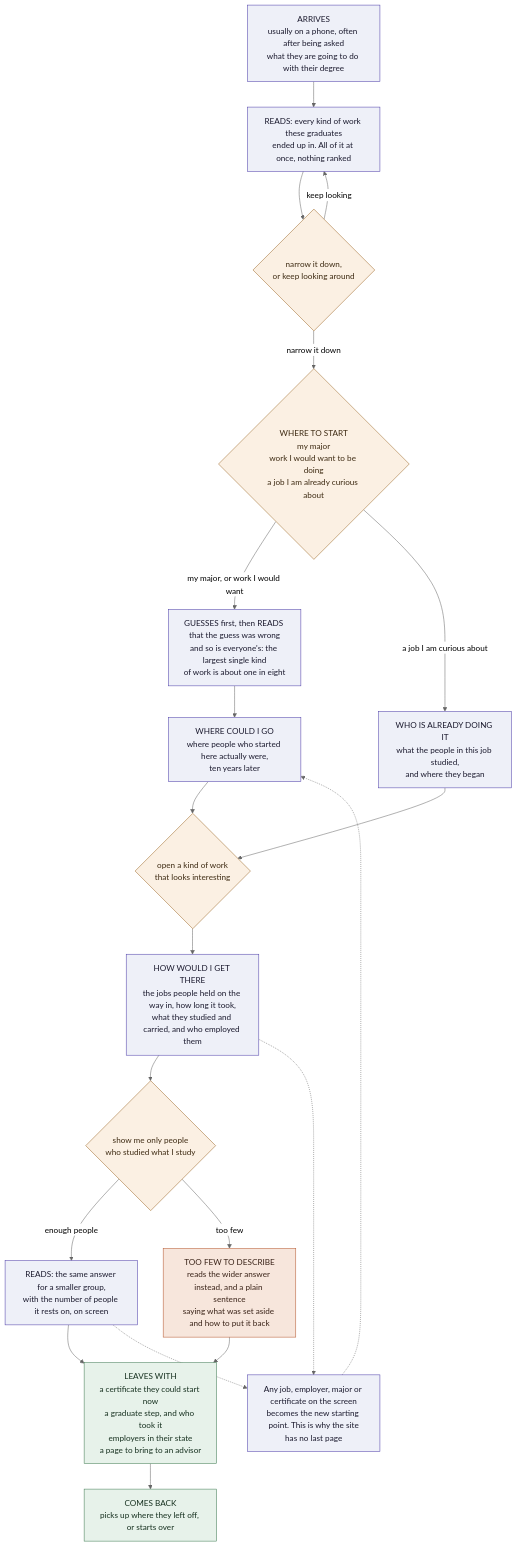
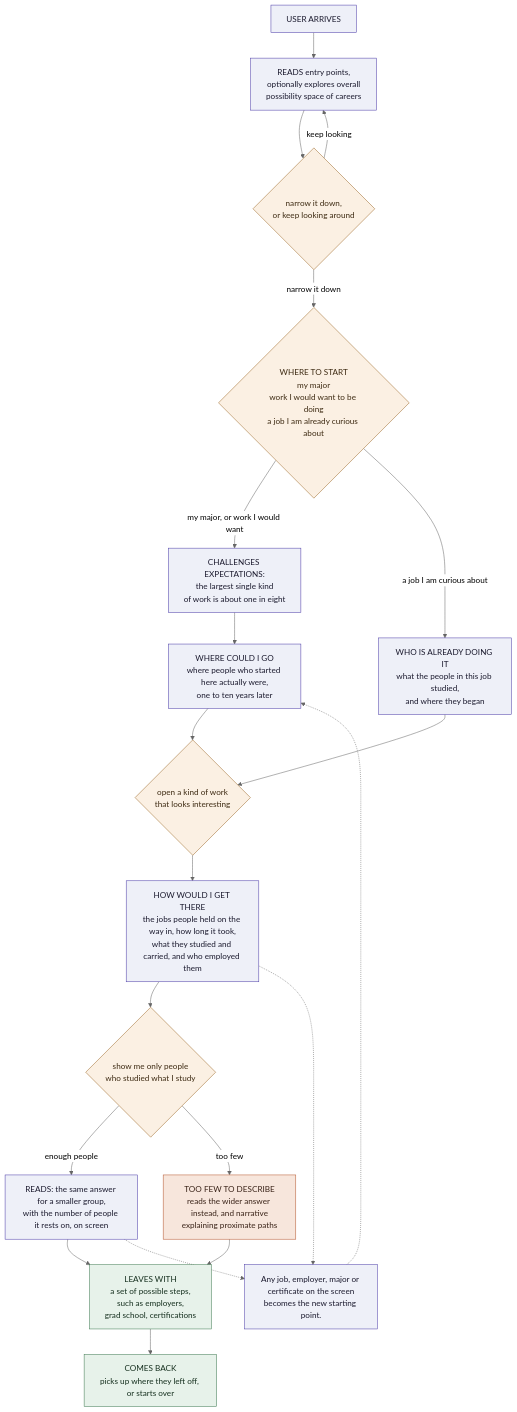
One commit to alexbnewhouse/linkedin_analysis changed the diagram in docs/design/2026-09-10-user-journey-plain.md. Above: the diagram before and after it, drawn with Mermaid (neutral theme).

Commit message:
docs(design): tighten user-journey flowchart node labels

````diff
--- a/docs/design/2026-09-10-user-journey-plain.md
+++ b/docs/design/2026-09-10-user-journey-plain.md
@@ -36,48 +36,48 @@
 ```mermaid
 flowchart TD
 
-A["ARRIVES<br/>usually on a phone, often after being asked<br/>what they are going to do with their degree"]
-B["READS: every kind of work these graduates<br/>ended up in. All of it at once, nothing ranked"]
+A["USER ARRIVES"]
+B["READS entry points,<br/>optionally explores overall<br/>possibility space of careers"]
 C{"narrow it down,<br/>or keep looking around"}
 D{"WHERE TO START<br/>my major<br/>work I would want to be doing<br/>a job I am already curious about"}
-E["GUESSES first, then READS that the guess was wrong<br/>and so is everyone's: the largest single kind<br/>of work is about one in eight"]
-F["WHERE COULD I GO<br/>where people who started here actually were,<br/>ten years later"]
+E["CHALLENGES EXPECTATIONS:<br/>the largest single kind<br/>of work is about one in eight"]
+F["WHERE COULD I GO<br/>where people who started here actually were,<br/>one to ten years later"]
 G["WHO IS ALREADY DOING IT<br/>what the people in this job studied,<br/>and where they began"]
 H{"open a kind of work<br/>that looks interesting"}
 I["HOW WOULD I GET THERE<br/>the jobs people held on the way in, how long it took,<br/>what they studied and carried, and who employed them"]
 J{"show me only people<br/>who studied what I study"}
 K["READS: the same answer for a smaller group,<br/>with the number of people it rests on, on screen"]
-L["TOO FEW TO DESCRIBE<br/>reads the wider answer instead, and a plain sentence<br/>saying what was set aside and how to put it back"]
-M["LEAVES WITH<br/>a certificate they could start now<br/>a graduate step, and who took it<br/>employers in their state<br/>a page to bring to an advisor"]
+L["TOO FEW TO DESCRIBE<br/>reads the wider answer instead, and narrative<br/>explaining proximate paths"]
+M["LEAVES WITH<br/>a set of possible steps,<br/>such as employers,<br/>grad school, certifications"]
 N["COMES BACK<br/>picks up where they left off, or starts over"]
-P["Any job, employer, major or certificate on the screen<br/>becomes the new starting point. This is why the site<br/>has no last page"]
+P["Any job, employer, major or certificate on the screen<br/>becomes the new starting point."]
 
 A --> B --> C
 C -->|"keep looking"| B
 C -->|"narrow it down"| D
 D -->|"my major, or work I would want"| E
 D -->|"a job I am curious about"| G
 E --> F
 F --> H
 G --> H
 H --> I
 I --> J
 J -->|"enough people"| K
 J -->|"too few"| L
 K --> M
 L --> M
 M --> N
 I -.-> P
 K -.-> P
 P -.-> F
 
 classDef read fill:#eef0f8,stroke:#4a3aa7,color:#1b1a2e
 classDef choose fill:#fbf0e3,stroke:#9a6524,color:#3d2a12
 classDef thin fill:#f7e6dc,stroke:#b4552c,color:#3a2318
 classDef out fill:#e7f2ea,stroke:#3f7a52,color:#16301f
 
 class A,B,E,F,G,I,K,P read
 class C,D,H,J choose
 class L thin
 class M,N out
 ```
````
